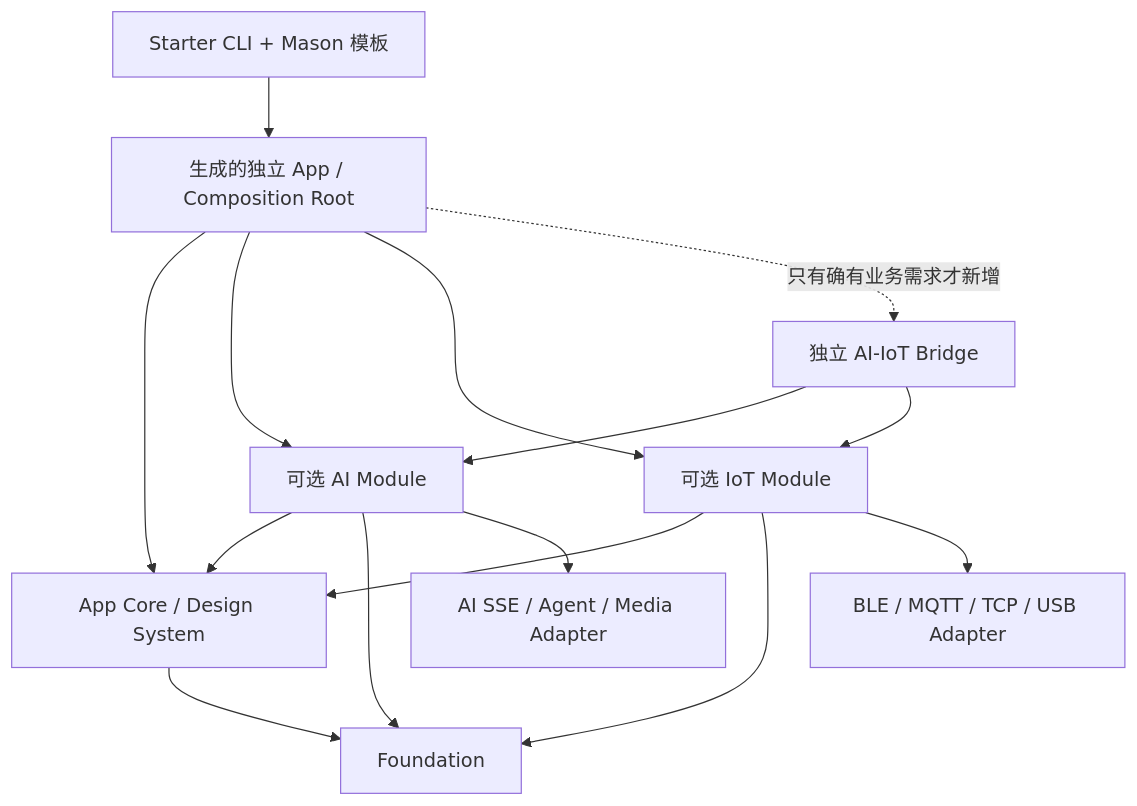
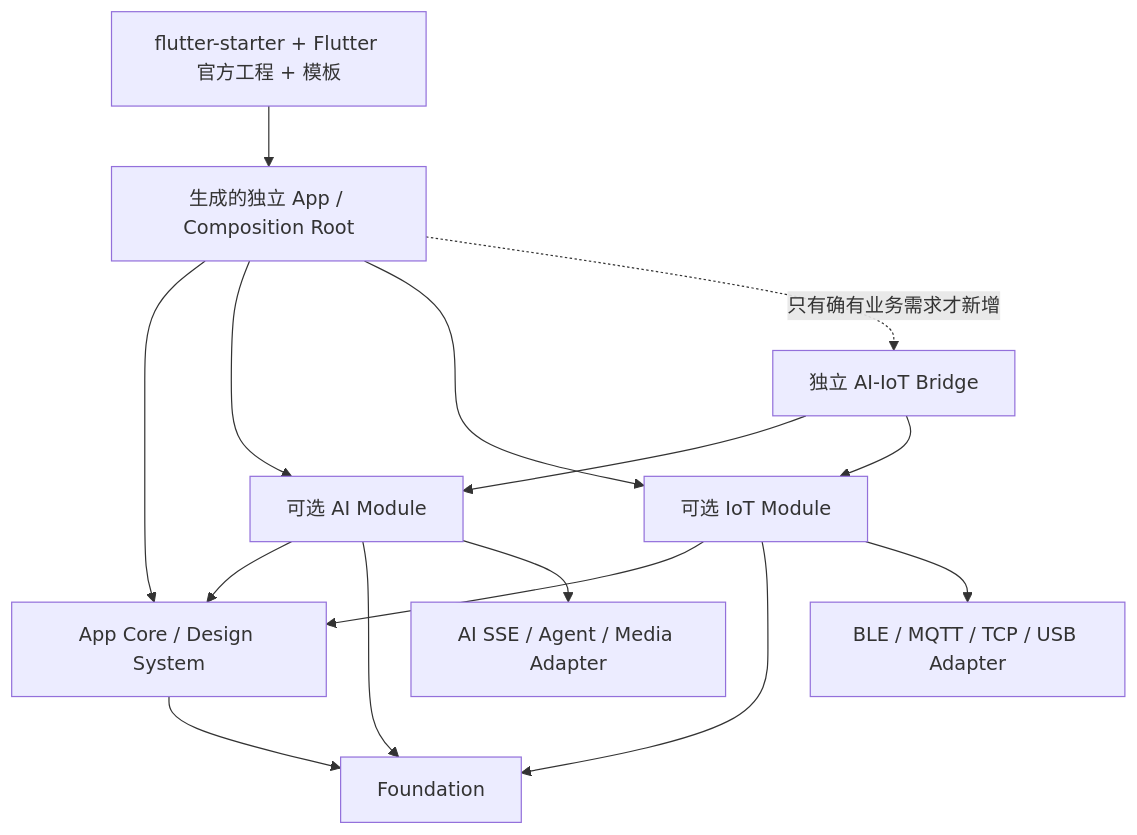
The diagram in docs/Flutter_Starter_Architecture.md (Linfanchen/flutter-starter), drawn with Mermaid before and after one commit. The commit also changed other lines of this file and 91 other files, not shown here.

````diff
--- a/docs/Flutter_Starter_Architecture.md
+++ b/docs/Flutter_Starter_Architecture.md
@@ -357,17 +362,17 @@
 ```mermaid
 flowchart TB
-  CLI[Starter CLI + Mason 模板] --> APP[生成的独立 App / Composition Root]
+  CLI[flutter-starter + Flutter 官方工程 + 模板] --> APP[生成的独立 App / Composition Root]
   APP --> BASE[App Core / Design System]
   APP --> AI[可选 AI Module]
   APP --> IOT[可选 IoT Module]
   AI --> BASE
   IOT --> BASE
   BASE --> F[Foundation]
   AI --> F
   IOT --> F
   AI --> AIA[AI SSE / Agent / Media Adapter]
   IOT --> IOTA[BLE / MQTT / TCP / USB Adapter]
   APP -.只有确有业务需求才新增.-> BRIDGE[独立 AI-IoT Bridge]
   BRIDGE --> AI
   BRIDGE --> IOT
 ```
````
